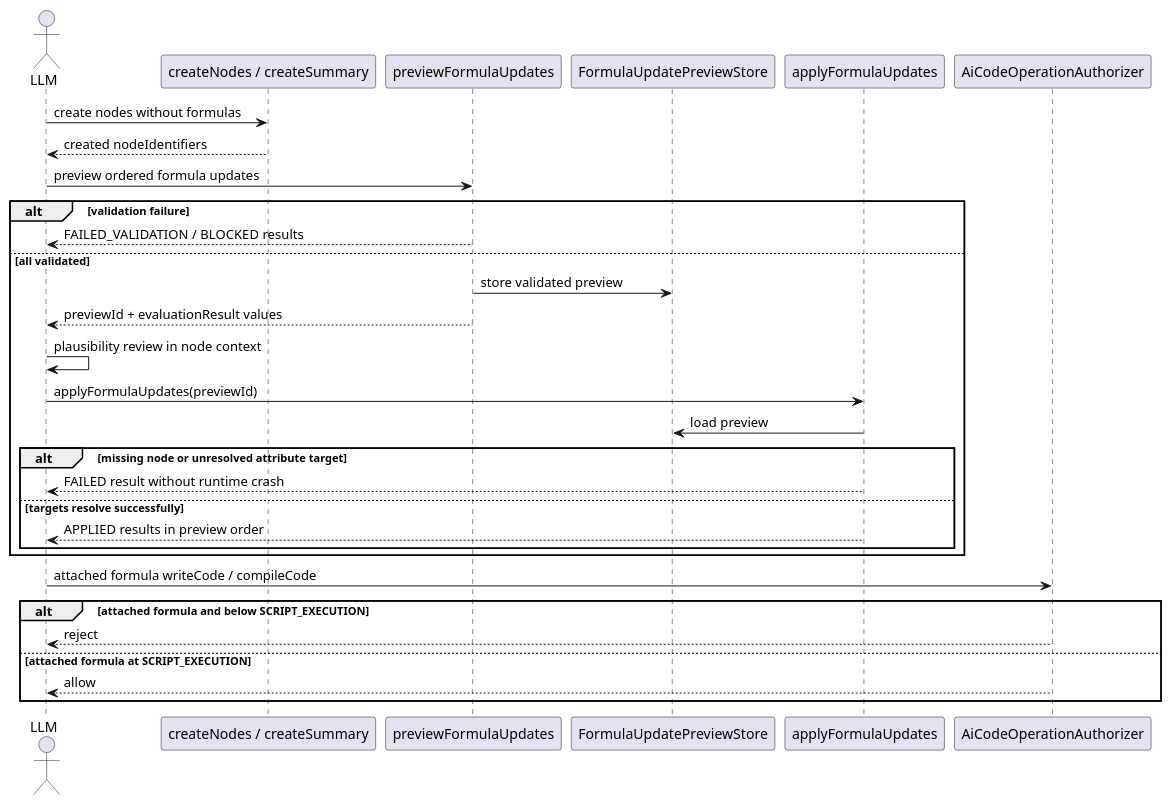
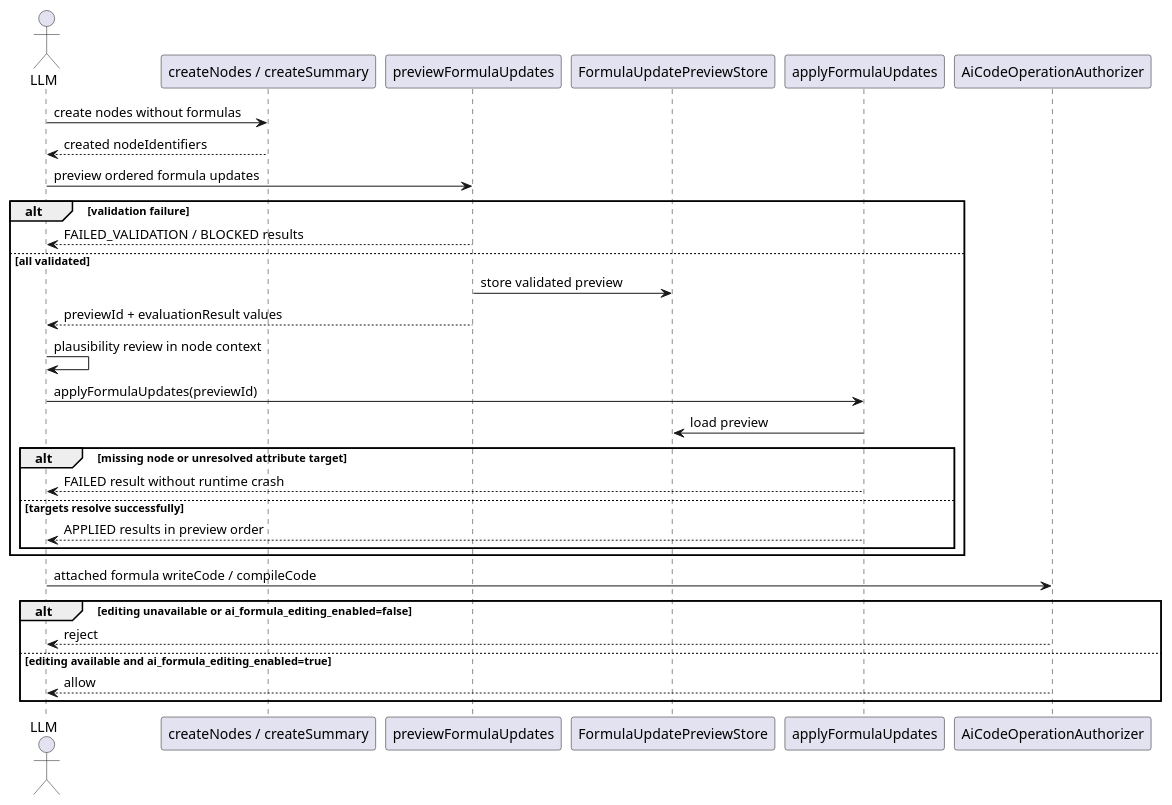
One commit to hyperdreamer/freeplane changed the fourth of 4 diagrams in ai-specs/tasks/review/allow-formula-authoring-behind-ai-formula-edit-option.md. Above: the diagram before and after it, drawn with PlantUML. The commit also changed other lines of this file, not shown here.

Commit message:
2026-06-05-formula-authoring Replan formula authoring behind explicit formula-edit permission

````diff
--- a/ai-specs/tasks/review/allow-formula-authoring-behind-ai-formula-edit-option.md
+++ b/ai-specs/tasks/review/allow-formula-authoring-behind-ai-formula-edit-option.md
@@ -600,36 +635,36 @@
   ```plantuml
   @startuml
   actor "LLM" as LLM
   participant "createNodes / createSummary" as CreateTool
   participant "previewFormulaUpdates" as PreviewTool
   participant "FormulaUpdatePreviewStore" as PreviewStore
   participant "applyFormulaUpdates" as ApplyTool
   participant "AiCodeOperationAuthorizer" as CodeAuth
 
   LLM -> CreateTool: create nodes without formulas
   CreateTool --> LLM: created nodeIdentifiers
 
   LLM -> PreviewTool: preview ordered formula updates
   alt validation failure
     PreviewTool --> LLM: FAILED_VALIDATION / BLOCKED results
   else all validated
     PreviewTool -> PreviewStore: store validated preview
     PreviewTool --> LLM: previewId + evaluationResult values
     LLM -> LLM: plausibility review in node context
     LLM -> ApplyTool: applyFormulaUpdates(previewId)
     ApplyTool -> PreviewStore: load preview
     alt missing node or unresolved attribute target
       ApplyTool --> LLM: FAILED result without runtime crash
     else targets resolve successfully
       ApplyTool --> LLM: APPLIED results in preview order
     end
   end
 
   LLM -> CodeAuth: attached formula writeCode / compileCode
-  alt attached formula and below SCRIPT_EXECUTION
+  alt editing unavailable or ai_formula_editing_enabled=false
     CodeAuth --> LLM: reject
-  else attached formula at SCRIPT_EXECUTION
+  else editing available and ai_formula_editing_enabled=true
     CodeAuth --> LLM: allow
   end
   @enduml
   ```
````
